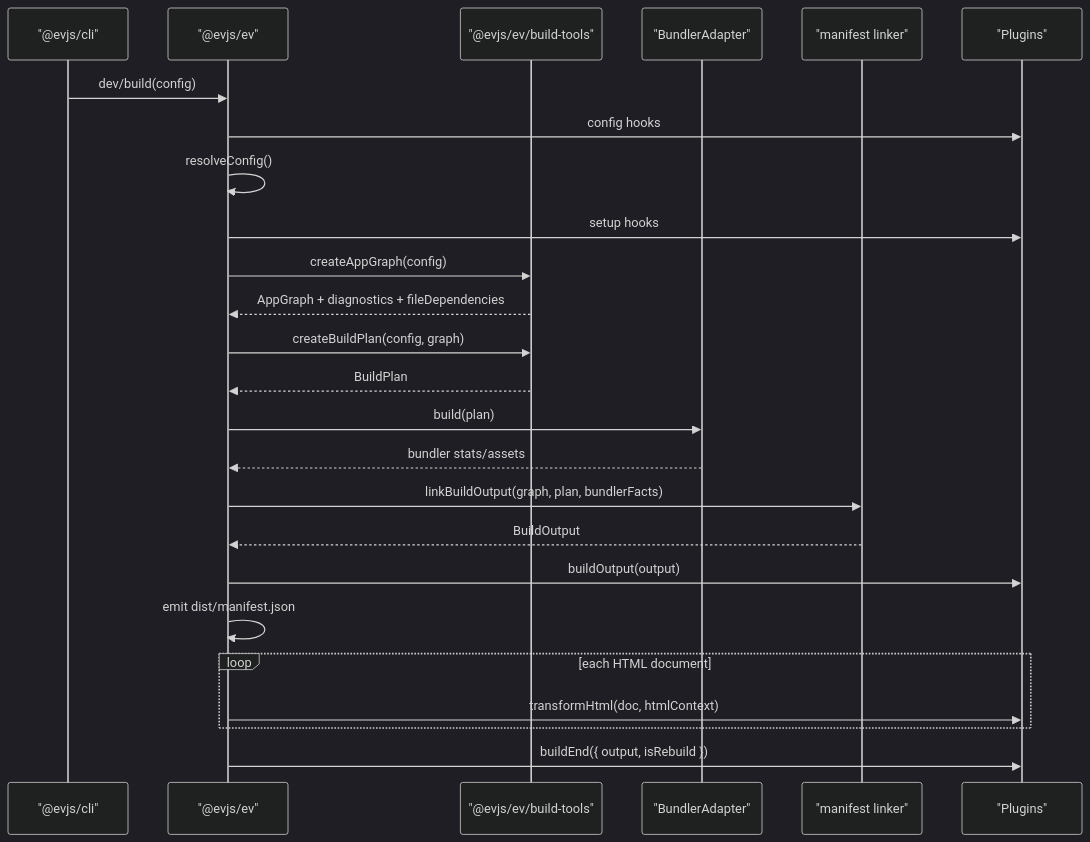
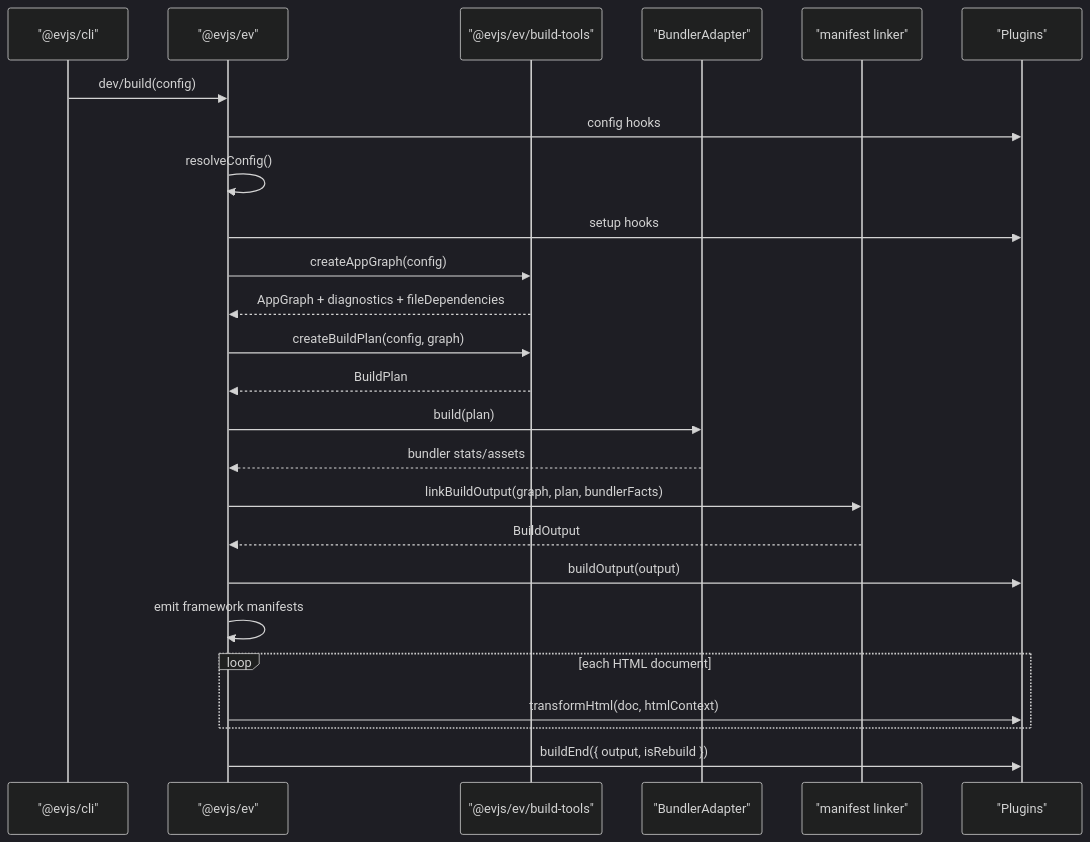
One commit to binhanchen25-arch/evjs changed the first of 3 diagrams in docs/docs/architecture.md. Above: the diagram before and after it, drawn with Mermaid (dark theme). The commit also changed other lines of this file and 50 other files, not shown here.

````diff
--- a/docs/docs/architecture.md
+++ b/docs/docs/architecture.md
@@ -123,28 +123,28 @@
 ```mermaid
 sequenceDiagram
   participant CLI as "@evjs/cli"
   participant EV as "@evjs/ev"
   participant Tools as "@evjs/ev/build-tools"
   participant Bundler as "BundlerAdapter"
   participant Manifest as "manifest linker"
   participant Plugins as "Plugins"
 
   CLI->>EV: dev/build(config)
   EV->>Plugins: config hooks
   EV->>EV: resolveConfig()
   EV->>Plugins: setup hooks
   EV->>Tools: createAppGraph(config)
   Tools-->>EV: AppGraph + diagnostics + fileDependencies
   EV->>Tools: createBuildPlan(config, graph)
   Tools-->>EV: BuildPlan
   EV->>Bundler: build(plan)
   Bundler-->>EV: bundler stats/assets
   EV->>Manifest: linkBuildOutput(graph, plan, bundlerFacts)
   Manifest-->>EV: BuildOutput
   EV->>Plugins: buildOutput(output)
-  EV->>EV: emit dist/manifest.json
+  EV->>EV: emit framework manifests
   loop each HTML document
     EV->>Plugins: transformHtml(doc, htmlContext)
   end
   EV->>Plugins: buildEnd({ output, isRebuild })
 ```
````
